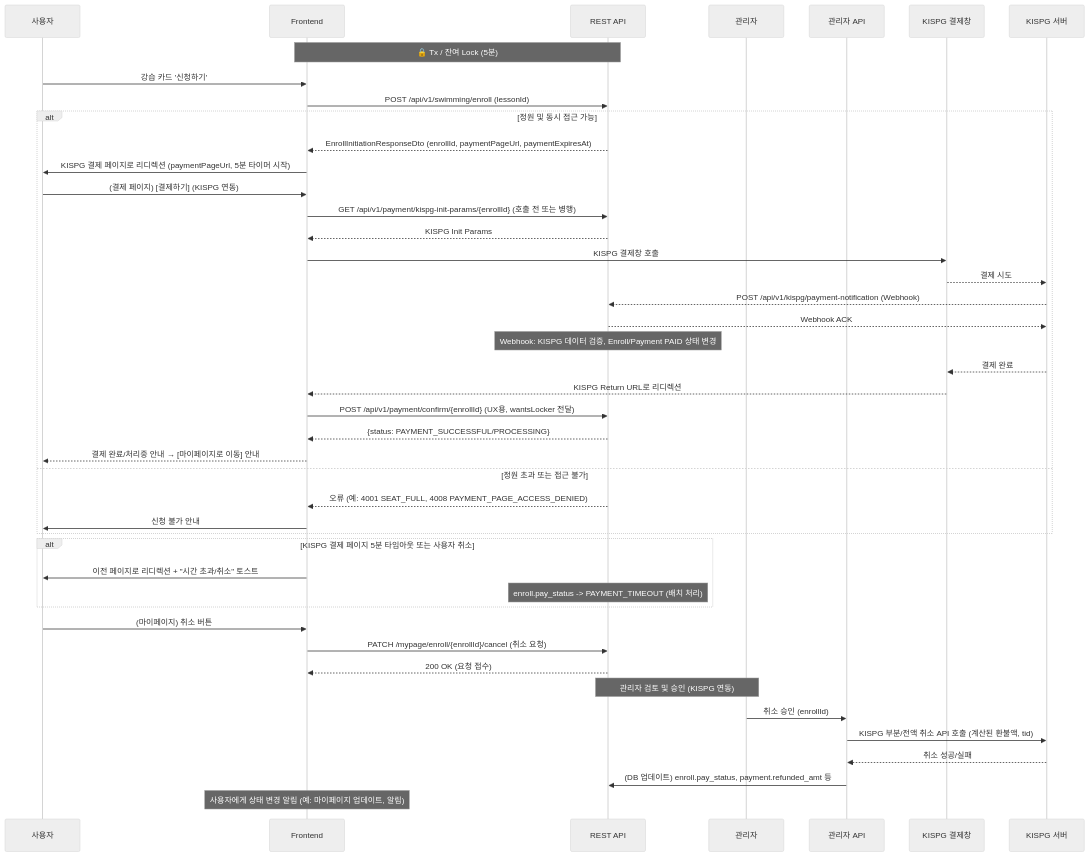
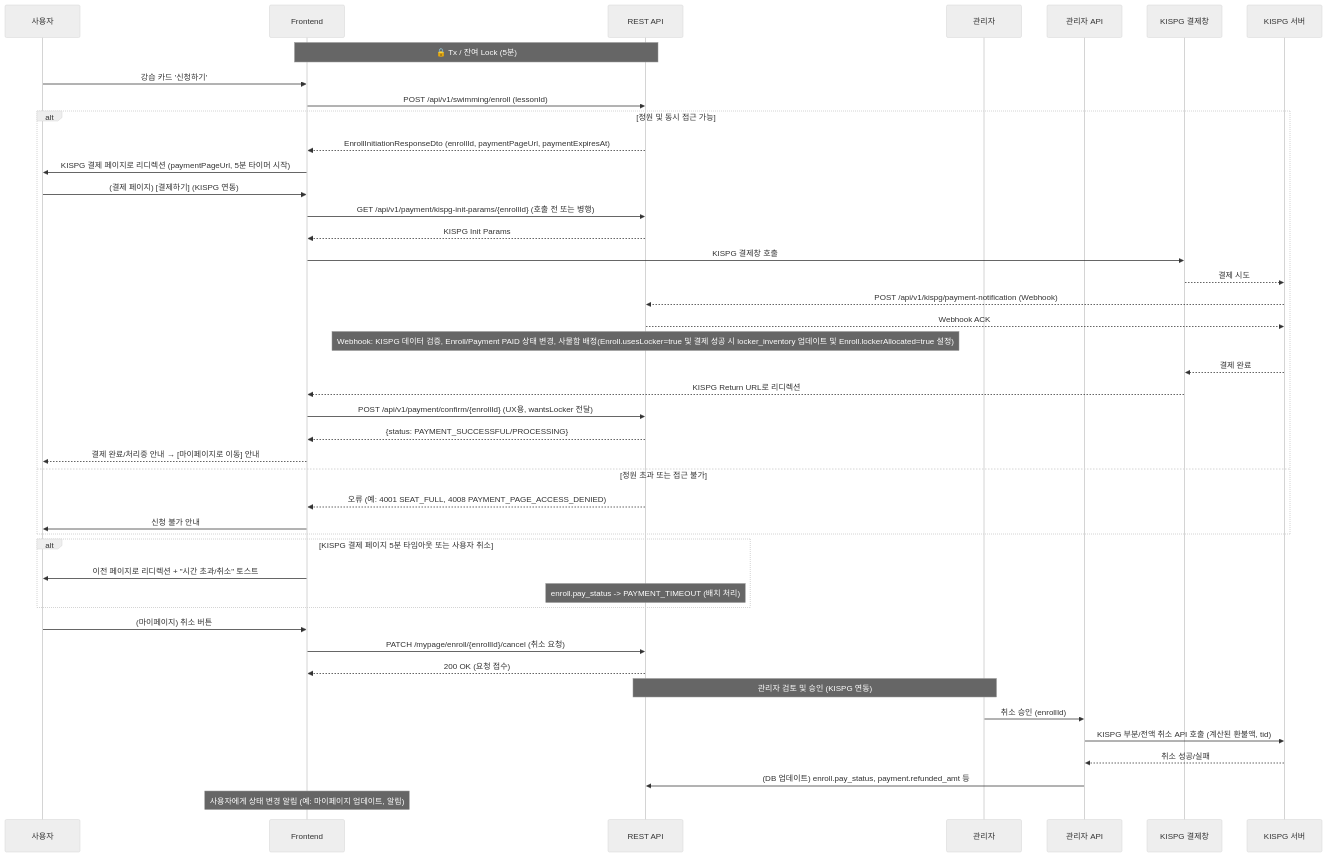
One commit to Russ481-k/arpina-server changed the diagram in Docs/cms/swim-overview.md. Above: the diagram before and after it, drawn with Mermaid (neutral theme). The commit also changed other lines of this file and 33 other files, not shown here.

First line of the commit message:
Enhance KISPG payment integration and update related documentation

````diff
--- a/Docs/cms/swim-overview.md
+++ b/Docs/cms/swim-overview.md
@@ -33,49 +33,49 @@
   ```mermaid
   sequenceDiagram
       participant U as 사용자
       participant FE as Frontend
       participant API as REST API
       participant ADM as 관리자
       participant BO as 관리자 API
       participant KISPG_Window as KISPG 결제창
       participant KISPG_Server as KISPG 서버
 
       Note over FE,API: 🔒 Tx / 잔여 Lock (5분)
       U->>FE: 강습 카드 '신청하기'
       FE->>API: POST /api/v1/swimming/enroll (lessonId)
       alt 정원 및 동시 접근 가능
         API-->>FE: EnrollInitiationResponseDto (enrollId, paymentPageUrl, paymentExpiresAt)
         FE->>U: KISPG 결제 페이지로 리디렉션 (paymentPageUrl, 5분 타이머 시작)
         U->>FE: (결제 페이지) [결제하기] (KISPG 연동)
         FE->>API: GET /api/v1/payment/kispg-init-params/{enrollId} (호출 전 또는 병행)
         API-->>FE: KISPG Init Params
         FE->>KISPG_Window: KISPG 결제창 호출
         KISPG_Window-->>KISPG_Server: 결제 시도
         KISPG_Server-->>API: POST /api/v1/kispg/payment-notification (Webhook)
         API-->>KISPG_Server: Webhook ACK
-        Note over API: Webhook: KISPG 데이터 검증, Enroll/Payment PAID 상태 변경
+        Note over API: Webhook: KISPG 데이터 검증, Enroll/Payment PAID 상태 변경, 사물함 배정(Enroll.usesLocker=true 및 결제 성공 시 locker_inventory 업데이트 및 Enroll.lockerAllocated=true 설정)
         KISPG_Server-->>KISPG_Window: 결제 완료
         KISPG_Window-->>FE: KISPG Return URL로 리디렉션
         FE->>API: POST /api/v1/payment/confirm/{enrollId} (UX용, wantsLocker 전달)
         API-->>FE: {status: PAYMENT_SUCCESSFUL/PROCESSING}
         FE-->>U: 결제 완료/처리중 안내 → [마이페이지로 이동] 안내
       else 정원 초과 또는 접근 불가
         API-->>FE: 오류 (예: 4001 SEAT_FULL, 4008 PAYMENT_PAGE_ACCESS_DENIED)
         FE->>U: 신청 불가 안내
       end
       alt KISPG 결제 페이지 5분 타임아웃 또는 사용자 취소
         FE->>U: 이전 페이지로 리디렉션 + "시간 초과/취소" 토스트
         Note over API: enroll.pay_status -> PAYMENT_TIMEOUT (배치 처리)
       end
 
       U->>FE: (마이페이지) 취소 버튼
       FE->>API: PATCH /mypage/enroll/{enrollId}/cancel (취소 요청)
       API-->>FE: 200 OK (요청 접수)
 
       Note over API,ADM: 관리자 검토 및 승인 (KISPG 연동)
       ADM->>BO: 취소 승인 (enrollId)
       BO->>KISPG_Server: KISPG 부분/전액 취소 API 호출 (계산된 환불액, tid)
       KISPG_Server-->>BO: 취소 성공/실패
       BO->>API: (DB 업데이트) enroll.pay_status, payment.refunded_amt 등
       Note over FE: 사용자에게 상태 변경 알림 (예: 마이페이지 업데이트, 알림)
   ```
````
